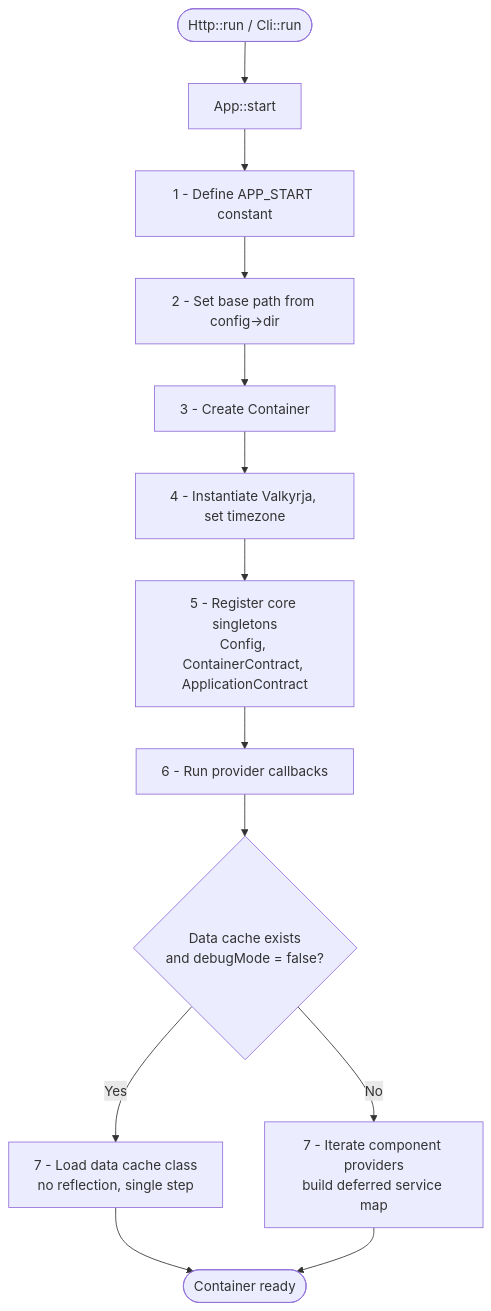
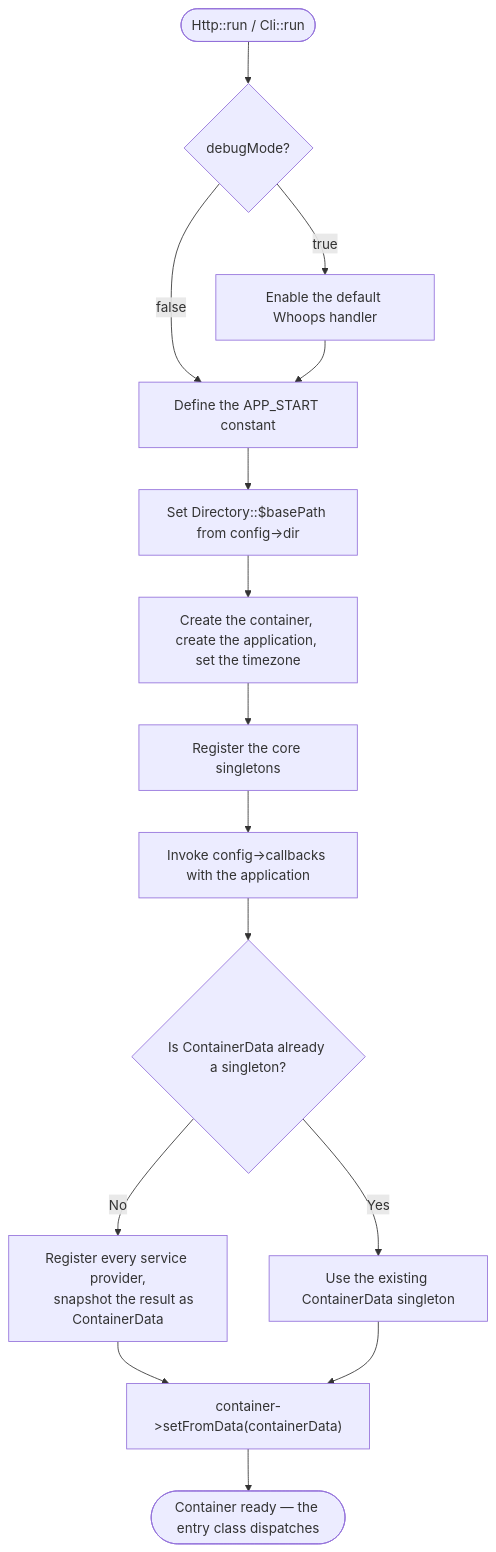
The first of 2 diagrams in src/Valkyrja/Application/README.md (valkyrjaio/valkyrja), drawn with Mermaid before and after one commit. The commit also changed other lines of this file, not shown here.

Commit message:
[Application] docs: Rewrite the README to match the code.

````diff
--- a/src/Valkyrja/Application/README.md
+++ b/src/Valkyrja/Application/README.md
@@ -157,15 +123,18 @@
 ```mermaid
 flowchart TD
-    A(["Http::run / Cli::run"]) --> B[App::start]
-    B --> C["1 - Define APP_START constant"]
-    C --> D["2 - Set base path from config->dir"]
-    D --> E["3 - Create Container"]
-    E --> F["4 - Instantiate Valkyrja, set timezone"]
-    F --> G["5 - Register core singletons\nConfig, ContainerContract, ApplicationContract"]
-    G --> H["6 - Run provider callbacks"]
-    H --> I{"Data cache exists\nand debugMode = false?"}
-    I -->|Yes| J["7 - Load data cache class\nno reflection, single step"]
-    I -->|No| K["7 - Iterate component providers\nbuild deferred service map"]
-    J --> L([Container ready])
+    A(["Http::run / Cli::run"]) --> B{"debugMode?"}
+    B -->|true| C["Enable the default Whoops handler"]
+    B -->|false| D["Define the APP_START constant"]
+    C --> D
+    D --> E["Set Directory::$basePath from config->dir"]
+    E --> F["Create the container, create the application, set the timezone"]
+    F --> G["Register the core singletons"]
+    G --> H["Invoke config->callbacks with the application"]
+    H --> I{"Is ContainerData already a singleton?"}
+    I -->|No| J["Register every service provider,
+    snapshot the result as ContainerData"]
+    I -->|Yes| K["Use the existing ContainerData singleton"]
+    J --> L["container->setFromData(containerData)"]
     K --> L
+    L --> M(["Container ready — the entry class dispatches"])
 ```
````
